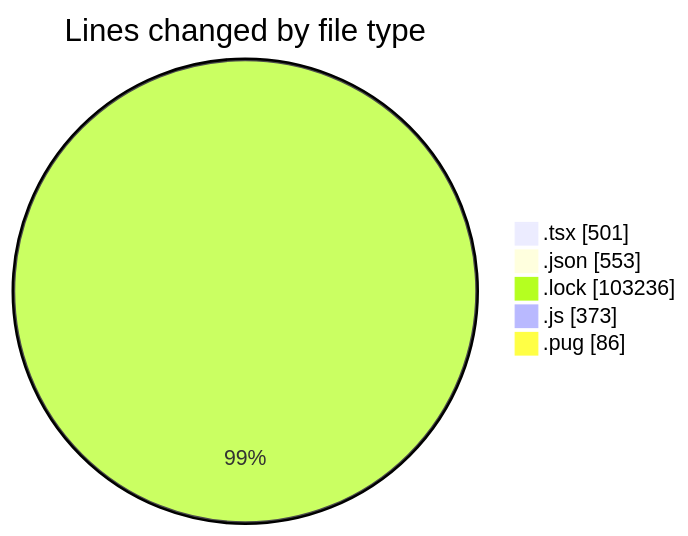
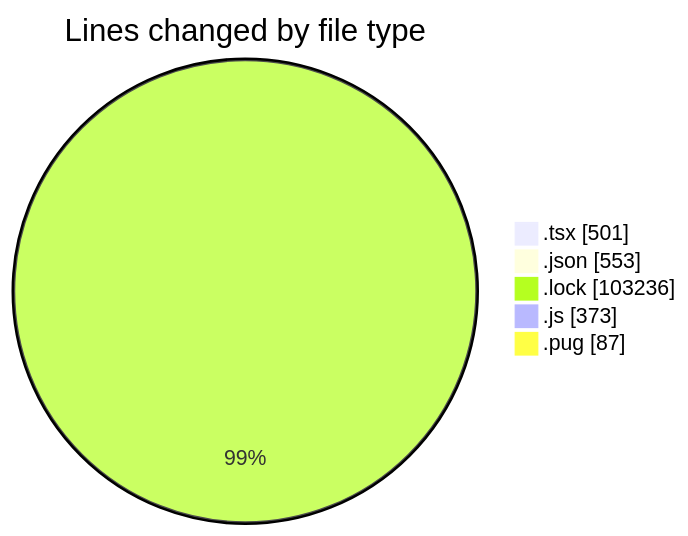
Before and after one commit to momahboobian/code-tracking: the first of 2 diagrams in 2025-03-10/cda/README.md, drawn with Mermaid. The commit also changed other lines of this file and 1 other file, not shown here.

````diff
--- a/2025-03-10/cda/README.md
+++ b/2025-03-10/cda/README.md
@@ -45,9 +45,9 @@
 ```mermaid
 pie showData
 title Lines changed by file type
 ".tsx" : 501
 ".json" : 553
 ".lock" : 103236
 ".js" : 373
-".pug" : 86
+".pug" : 87
 ```
````
